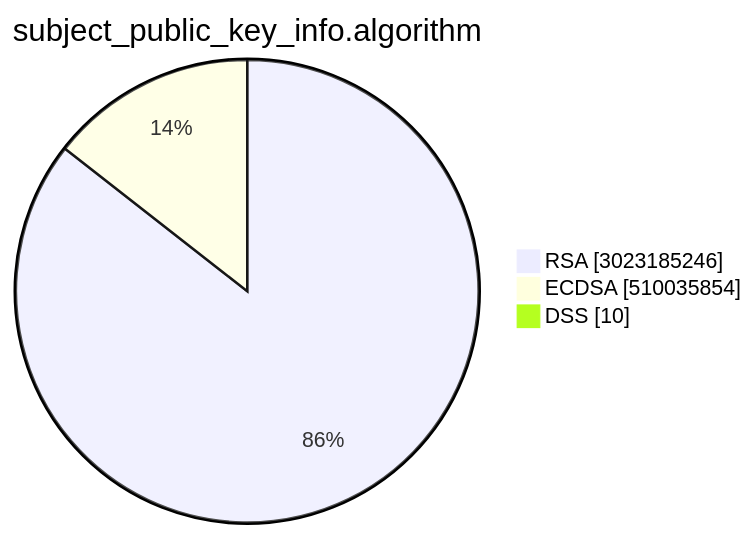
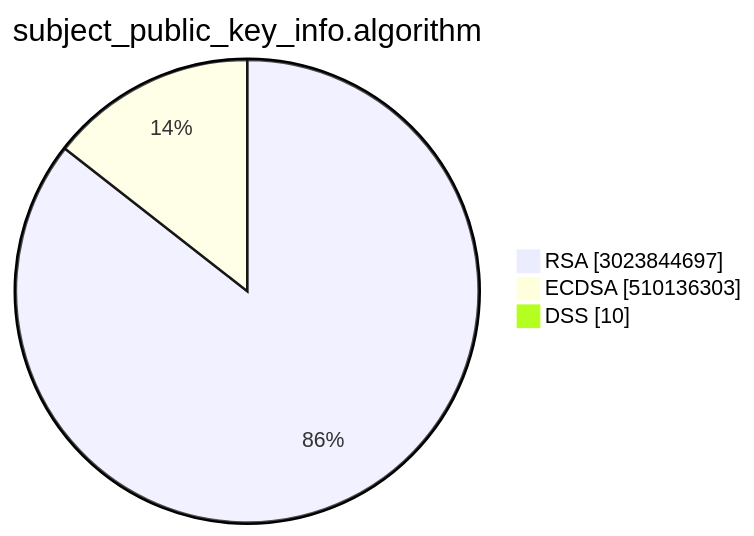
Before and after one commit to christiankrug/ctmonitor_visualization: the second of 15 diagrams in TOTAL/README.md, drawn with Mermaid. The commit also changed other lines of this file, not shown here.

````diff
--- a/TOTAL/README.md
+++ b/TOTAL/README.md
@@ -6,7 +6,7 @@
 ```mermaid
 pie showData
 title subject_public_key_info.algorithm
-"RSA" :3023185246
-"ECDSA" :510035854
+"RSA" :3023844697
+"ECDSA" :510136303
 "DSS" :10
 ```
````
